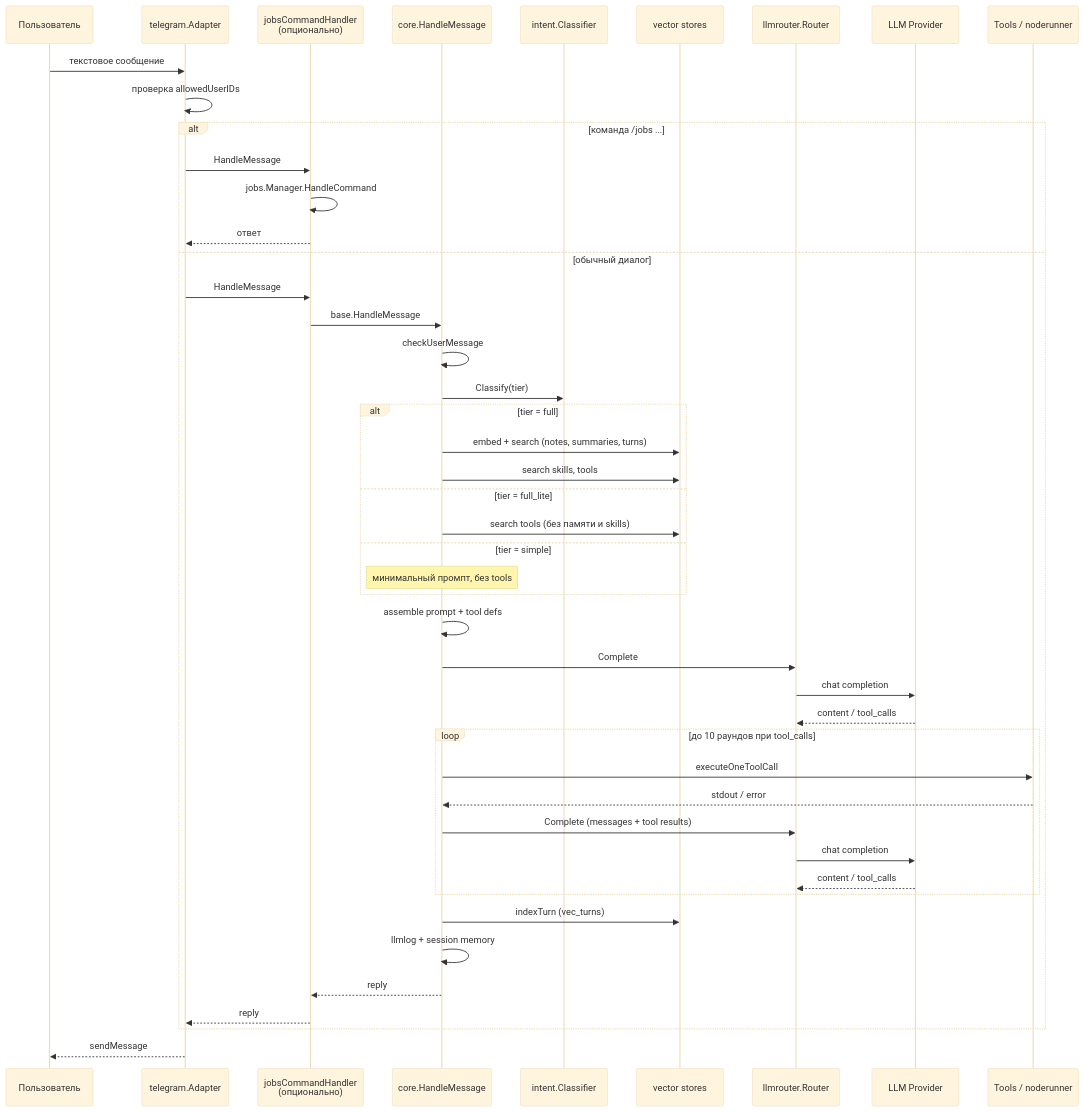
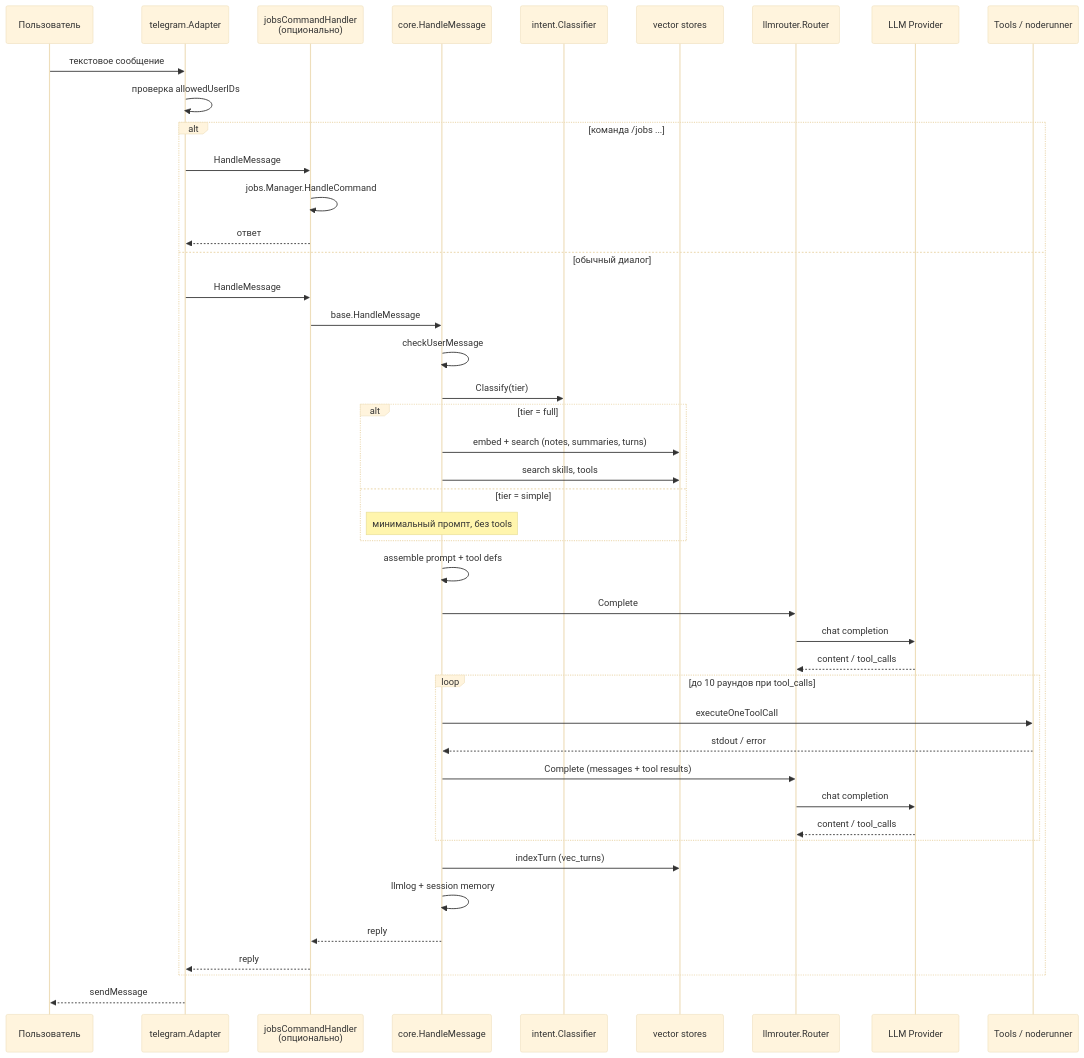
The fifth of 10 diagrams in docs/architecture-ru.md (asubbot/personal-assistant), drawn with Mermaid (base theme) before and after one commit. The commit also changed other lines of this file and 28 other files, not shown here.

````diff
--- a/docs/architecture-ru.md
+++ b/docs/architecture-ru.md
@@ -204,49 +204,47 @@
 ```mermaid
 sequenceDiagram
     participant U as Пользователь
     participant TG as telegram.Adapter
     participant J as jobsCommandHandler<br/>(опционально)
     participant H as core.HandleMessage
     participant I as intent.Classifier
     participant V as vector stores
     participant R as llmrouter.Router
     participant L as LLM Provider
     participant T as Tools / noderunner
 
     U->>TG: текстовое сообщение
     TG->>TG: проверка allowedUserIDs
     alt команда /jobs ...
         TG->>J: HandleMessage
         J->>J: jobs.Manager.HandleCommand
         J-->>TG: ответ
     else обычный диалог
         TG->>J: HandleMessage
         J->>H: base.HandleMessage
         H->>H: checkUserMessage
         H->>I: Classify(tier)
         alt tier = full
             H->>V: embed + search (notes, summaries, turns)
             H->>V: search skills, tools
-        else tier = full_lite
-            H->>V: search tools (без памяти и skills)
         else tier = simple
             Note over H: минимальный промпт, без tools
         end
         H->>H: assemble prompt + tool defs
         H->>R: Complete
         R->>L: chat completion
         L-->>R: content / tool_calls
         loop до 10 раундов при tool_calls
             H->>T: executeOneToolCall
             T-->>H: stdout / error
             H->>R: Complete (messages + tool results)
             R->>L: chat completion
             L-->>R: content / tool_calls
         end
         H->>V: indexTurn (vec_turns)
         H->>H: llmlog + session memory
         H-->>J: reply
         J-->>TG: reply
     end
     TG-->>U: sendMessage
 ```
````
